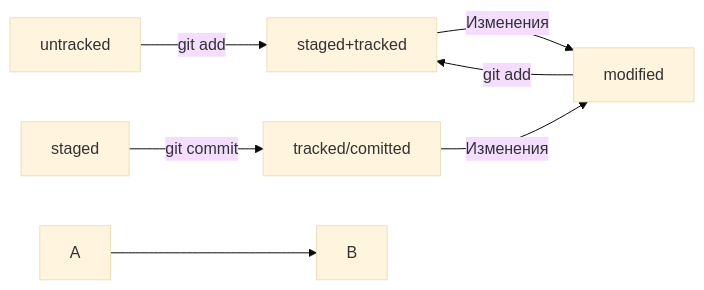
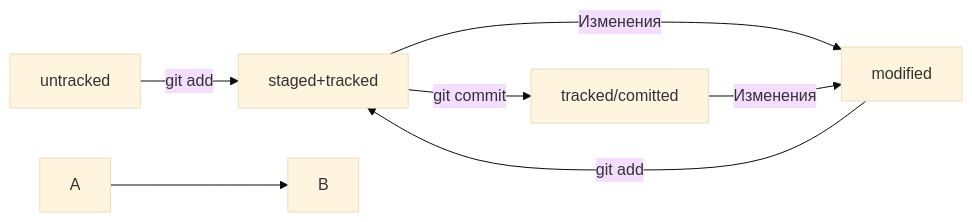
One commit to ozlik/basic-git-guide changed the diagram in README.md. Above: the diagram before and after it, drawn with Mermaid (base theme).

Commit message:
Исправить опечатку в статусе схемы статусов git

````diff
--- a/README.md
+++ b/README.md
@@ -206,10 +206,10 @@
 ```mermaid
 graph LR;
   untracked -- "git add" --> staged+tracked;  
   modified -- "git add" --> staged+tracked;  
   staged+tracked -- "Изменения" --> modified;  
-  staged -- "git commit" --> tracked/comitted;  
+  staged+tracked -- "git commit" --> tracked/comitted;  
   tracked/comitted -- "Изменения" --> modified;  
 %% стрелка без текста для примера:  
   A --> B;  
 ```
````
